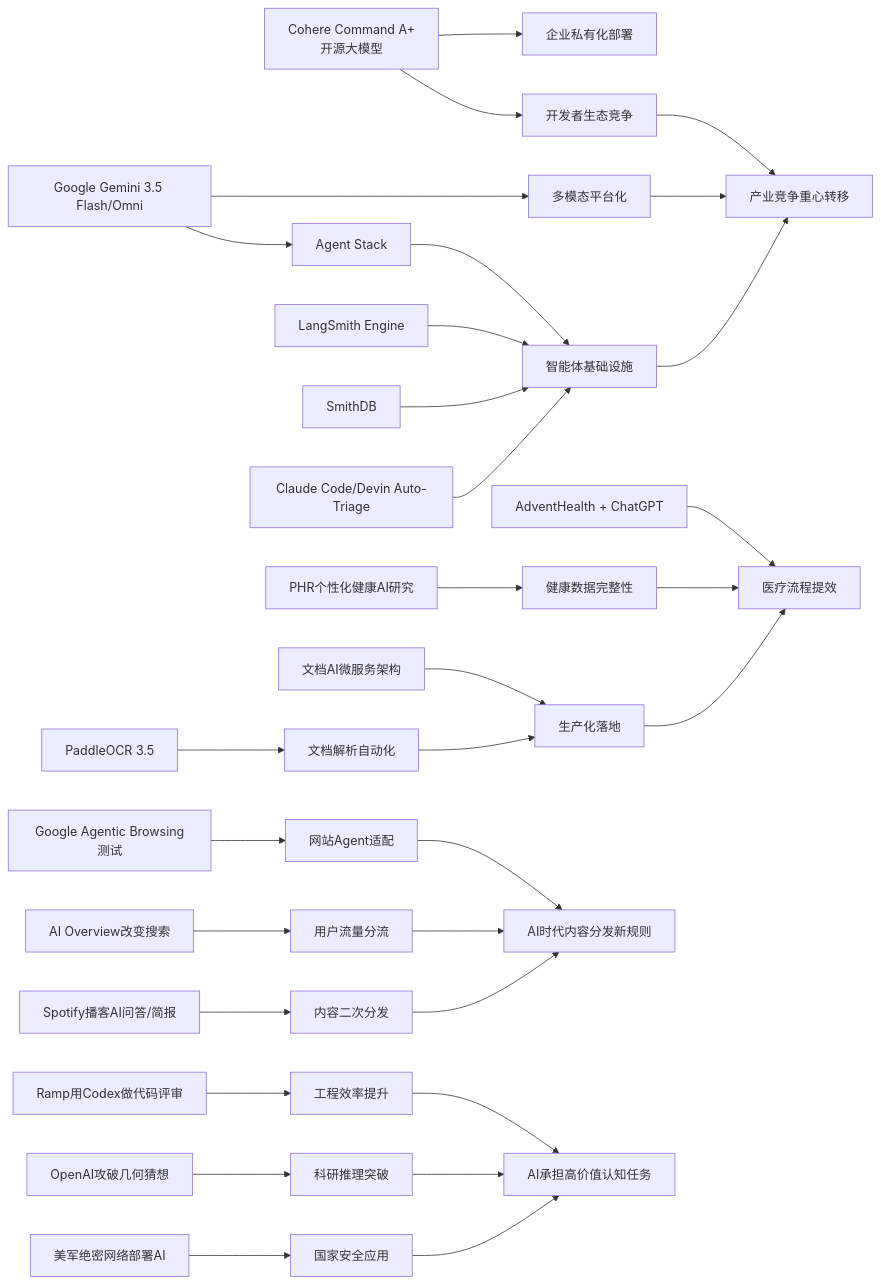
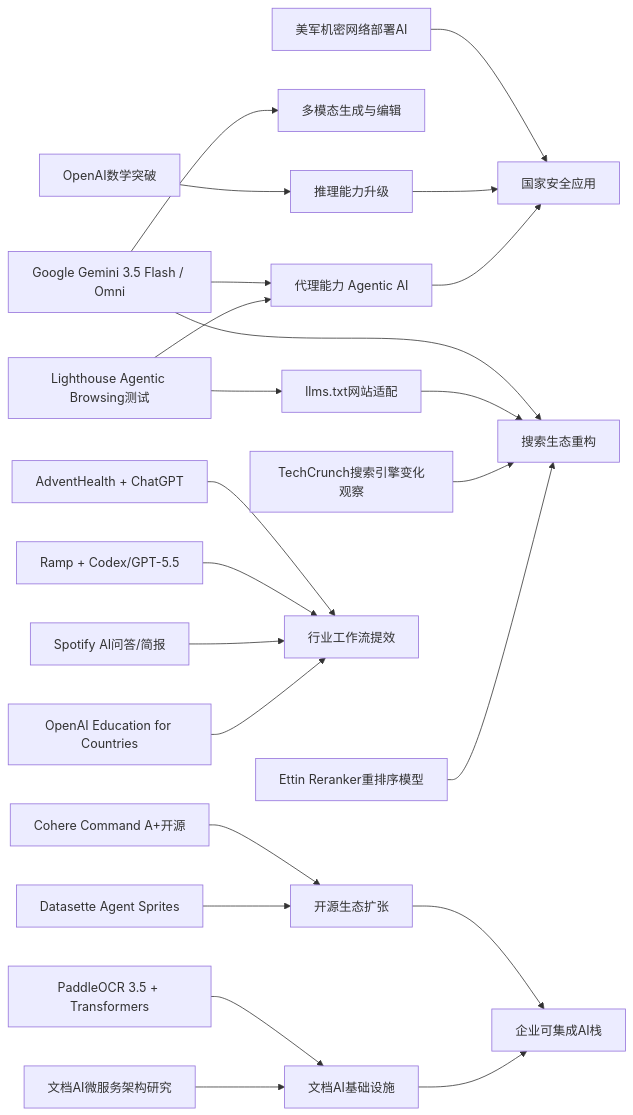
The diagram in content/cn/2026/2026-05/2026-05-21.md (zhuxinfei/ai-daily-site), drawn with Mermaid before and after one commit. The commit also changed other lines of this file, not shown here.

````diff
--- a/content/cn/2026/2026-05/2026-05-21.md
+++ b/content/cn/2026/2026-05/2026-05-21.md
@@ -114,38 +110,30 @@
 ```mermaid
 graph LR
-    A[Cohere Command A+<br/>开源大模型] --> B[企业私有化部署]
-    A --> C[开发者生态竞争]
+    A[Google Gemini 3.5 Flash / Omni] --> B[代理能力 Agentic AI]
+    A --> C[多模态生成与编辑]
+    A --> D[搜索生态重构]
 
-    D[Google Gemini 3.5 Flash/Omni] --> E[多模态平台化]
-    D --> F[Agent Stack]
-    F --> G[智能体基础设施]
-    H[LangSmith Engine] --> G
-    I[SmithDB] --> G
-    J[Claude Code/Devin Auto-Triage] --> G
+    E[Lighthouse Agentic Browsing测试] --> B
+    E --> F[llms.txt网站适配]
+    F --> D
 
-    K[AdventHealth + ChatGPT] --> L[医疗流程提效]
-    M[PHR个性化健康AI研究] --> N[健康数据完整性]
-    O[PaddleOCR 3.5] --> P[文档解析自动化]
-    Q[文档AI微服务架构] --> R[生产化落地]
-    P --> R
-    N --> L
-    R --> L
+    G[TechCrunch搜索引擎变化观察] --> D
+    H[Ettin Reranker重排序模型] --> D
 
-    S[Google Agentic Browsing测试] --> T[网站Agent适配]
-    U[AI Overview改变搜索] --> V[用户流量分流]
-    W[Spotify播客AI问答/简报] --> X[内容二次分发]
-    T --> Y[AI时代内容分发新规则]
-    V --> Y
-    X --> Y
+    I[Cohere Command A+开源] --> J[开源生态扩张]
+    K[Datasette Agent Sprites] --> J
+    L[PaddleOCR 3.5 + Transformers] --> M[文档AI基础设施]
+    N[文档AI微服务架构研究] --> M
+    J --> O[企业可集成AI栈]
+    M --> O
 
-    Z[Ramp用Codex做代码评审] --> AA[工程效率提升]
-    AB[OpenAI攻破几何猜想] --> AC[科研推理突破]
-    AD[美军绝密网络部署AI] --> AE[国家安全应用]
-    AA --> AF[AI承担高价值认知任务]
-    AC --> AF
-    AE --> AF
+    P[AdventHealth + ChatGPT] --> Q[行业工作流提效]
+    R[Ramp + Codex/GPT-5.5] --> Q
+    S[Spotify AI问答/简报] --> Q
+    T[OpenAI Education for Countries] --> Q
 
-    C --> AG[产业竞争重心转移]
-    E --> AG
-    G --> AG
+    U[OpenAI数学突破] --> V[推理能力升级]
+    W[美军机密网络部署AI] --> X[国家安全应用]
+    V --> X
+    B --> X
 ```
````
